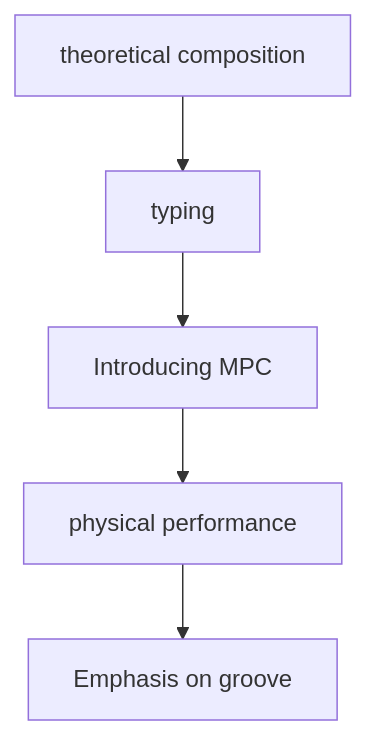
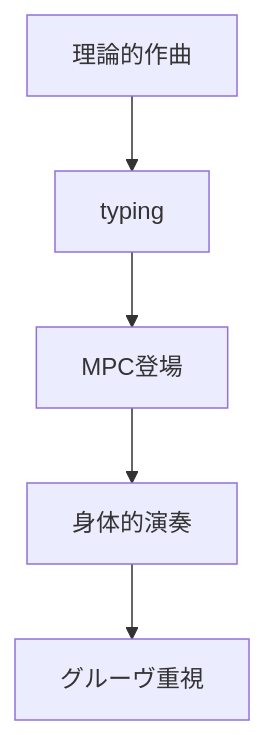
Before and after one commit to monumental-movement/monumental-movement.github.io: the third of 4 diagrams in en/_posts/2026-04-03-column-akai-mpc.md, drawn with Mermaid. The commit also changed other lines of this file and 2196 other files, not shown here.

```diff
--- a/en/_posts/2026-04-03-column-akai-mpc.md
+++ b/en/_posts/2026-04-03-column-akai-mpc.md
@@ -133,7 +132,7 @@
 <div class="mermaid">
 graph TD
-A[theoretical composition] --> B[typing]
-B --> C[Introducing MPC]
-C --> D[physical performance]
-D --> E[Emphasis on groove]
+A[理論的作曲] --> B[typing]
+B --> C[MPC登場]
+C --> D[身体的演奏]
+D --> E[グルーヴ重視]
 </div>
```
